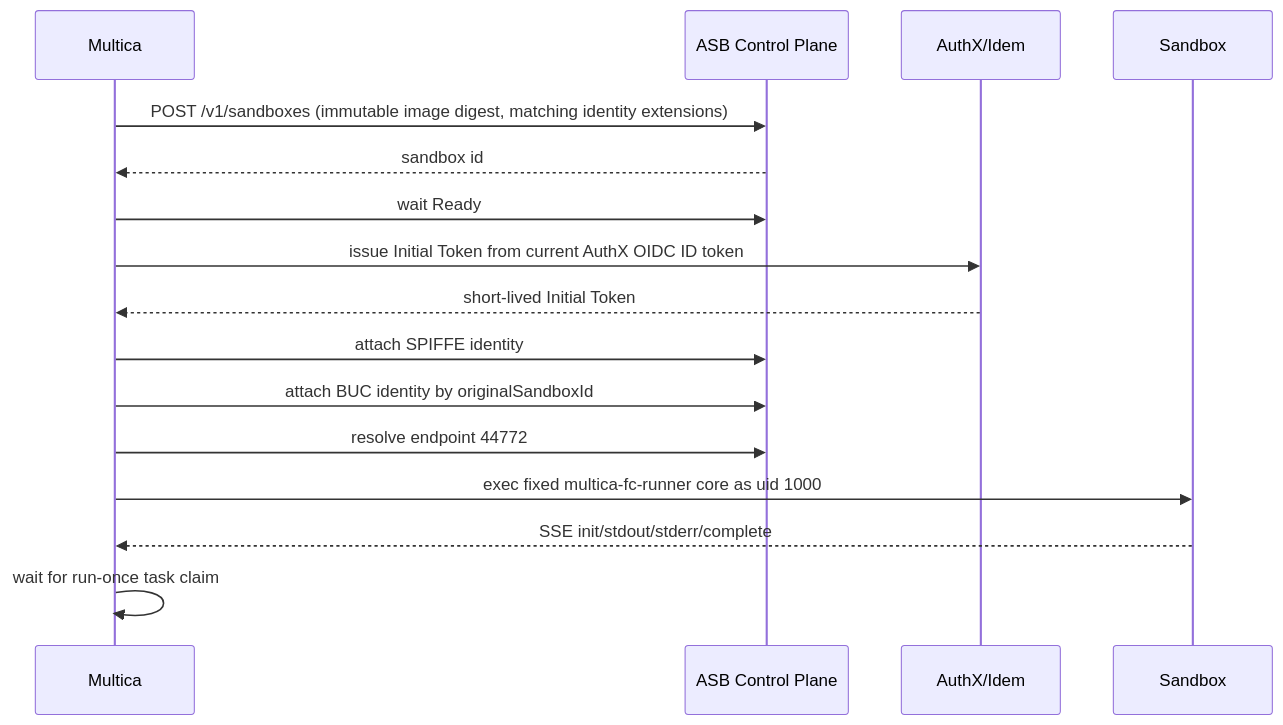
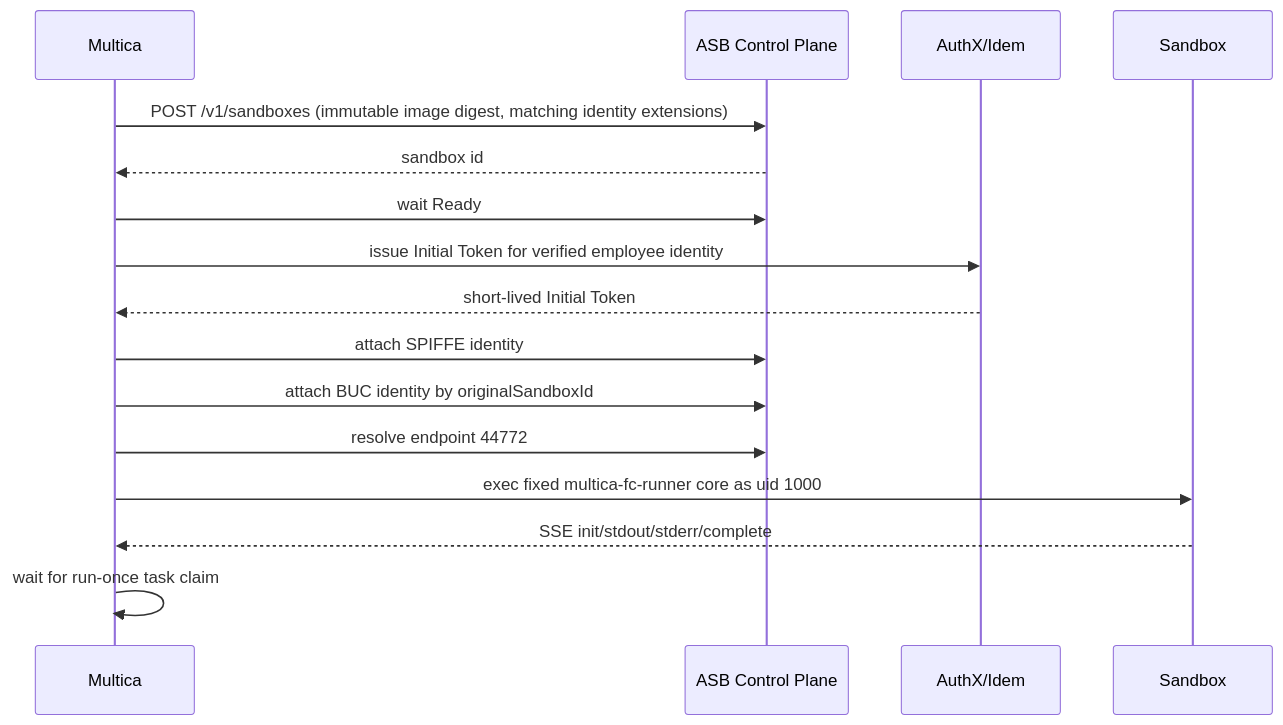
Before and after one commit to D1-2004/multica: the diagram in docs/superpowers/specs/2026-07-29-asb-enterprise-runtime-design.md, drawn with Mermaid. The commit also changed other lines of this file and 3 other files, not shown here.

Commit message:
fix(identity): issue refreshable AuthX token for verified employee

````diff
--- a/docs/superpowers/specs/2026-07-29-asb-enterprise-runtime-design.md
+++ b/docs/superpowers/specs/2026-07-29-asb-enterprise-runtime-design.md
@@ -262,19 +265,19 @@
 ```mermaid
 sequenceDiagram
   participant M as Multica
   participant A as ASB Control Plane
   participant I as AuthX/Idem
   participant S as Sandbox
 
   M->>A: POST /v1/sandboxes (immutable image digest, matching identity extensions)
   A-->>M: sandbox id
   M->>A: wait Ready
-  M->>I: issue Initial Token from current AuthX OIDC ID token
+  M->>I: issue Initial Token for verified employee identity
   I-->>M: short-lived Initial Token
   M->>A: attach SPIFFE identity
   M->>A: attach BUC identity by originalSandboxId
   M->>A: resolve endpoint 44772
   M->>S: exec fixed multica-fc-runner core as uid 1000
   S-->>M: SSE init/stdout/stderr/complete
   M->>M: wait for run-once task claim
 ```
````
